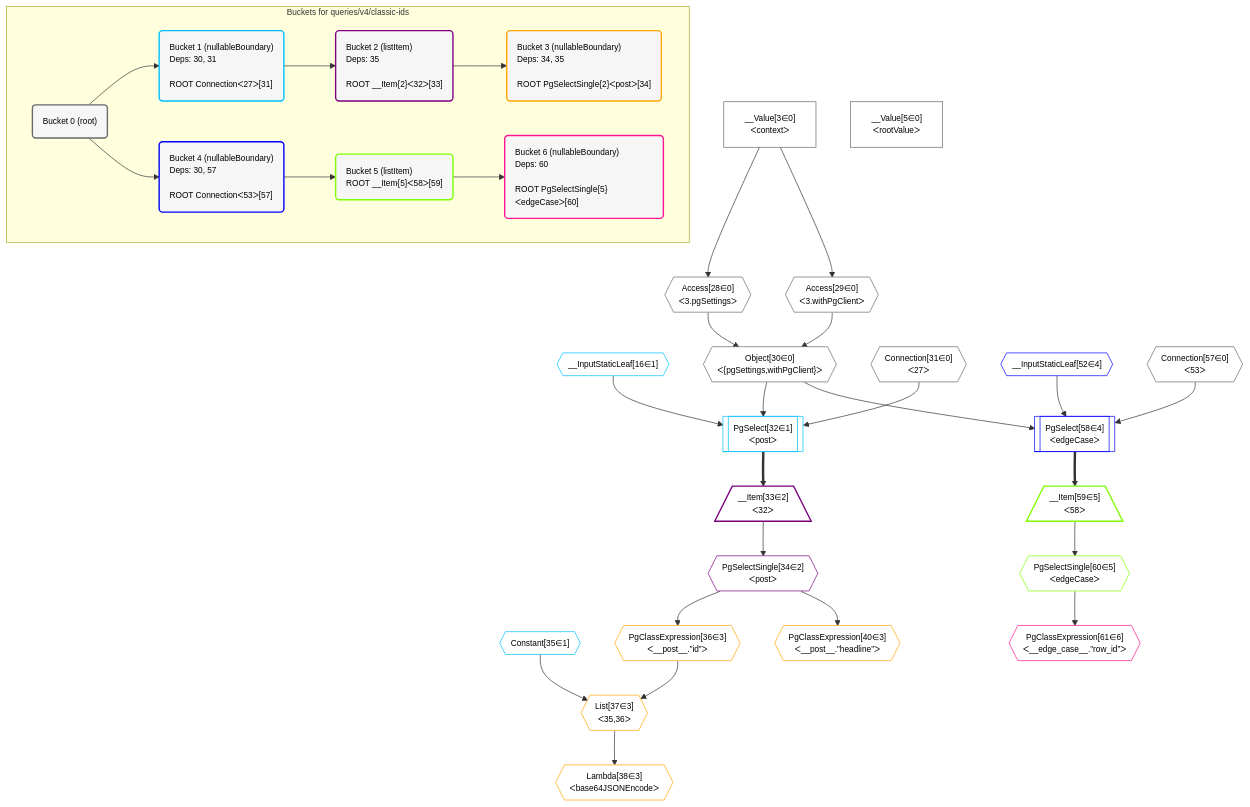
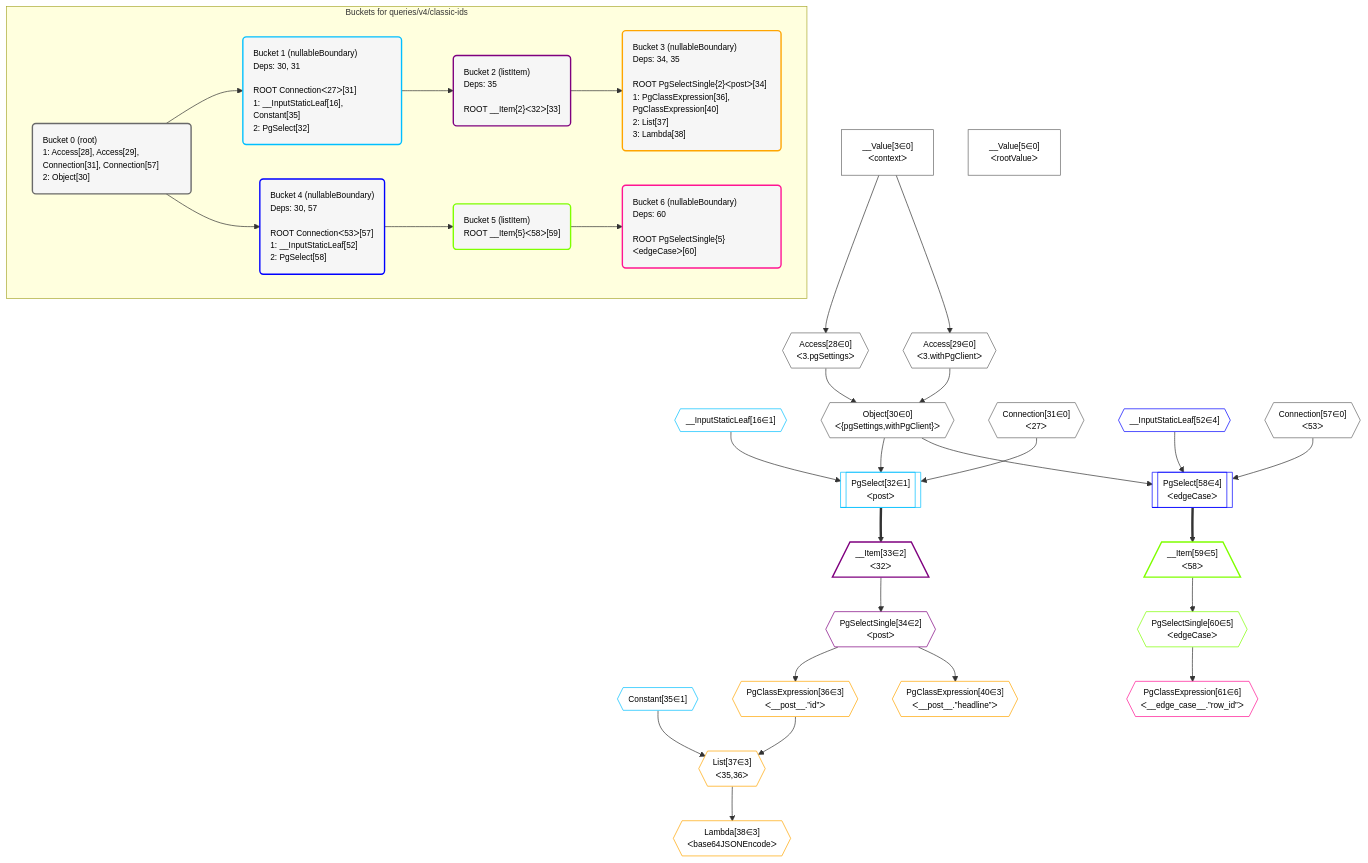
The diagram in postgraphile/postgraphile/__tests__/queries/v4/classic-ids.mermaid (graphile/crystal), drawn with Mermaid before and after one commit. The commit also changed 176 other files, not shown here.

Commit message:
New defined order in plan diagrams

```diff
--- a/postgraphile/postgraphile/__tests__/queries/v4/classic-ids.mermaid
+++ b/postgraphile/postgraphile/__tests__/queries/v4/classic-ids.mermaid
@@ -1,77 +1,77 @@
 %%{init: {'themeVariables': { 'fontSize': '12px'}}}%%
 graph TD
     classDef path fill:#eee,stroke:#000,color:#000
     classDef plan fill:#fff,stroke-width:1px,color:#000
     classDef itemplan fill:#fff,stroke-width:2px,color:#000
     classDef unbatchedplan fill:#dff,stroke-width:1px,color:#000
     classDef sideeffectplan fill:#fcc,stroke-width:2px,color:#000
     classDef bucket fill:#f6f6f6,color:#000,stroke-width:2px,text-align:left
 
 
     %% define steps
     __Value3["__Value[3∈0]<br />ᐸcontextᐳ"]:::plan
     __Value5["__Value[5∈0]<br />ᐸrootValueᐳ"]:::plan
     __InputStaticLeaf16{{"__InputStaticLeaf[16∈1]"}}:::plan
     Access28{{"Access[28∈0]<br />ᐸ3.pgSettingsᐳ"}}:::plan
     Access29{{"Access[29∈0]<br />ᐸ3.withPgClientᐳ"}}:::plan
     Object30{{"Object[30∈0]<br />ᐸ{pgSettings,withPgClient}ᐳ"}}:::plan
     Connection31{{"Connection[31∈0]<br />ᐸ27ᐳ"}}:::plan
     PgSelect32[["PgSelect[32∈1]<br />ᐸpostᐳ"]]:::plan
     __Item33[/"__Item[33∈2]<br />ᐸ32ᐳ"\]:::itemplan
     PgSelectSingle34{{"PgSelectSingle[34∈2]<br />ᐸpostᐳ"}}:::plan
     Constant35{{"Constant[35∈1]"}}:::plan
     PgClassExpression36{{"PgClassExpression[36∈3]<br />ᐸ__post__.”id”ᐳ"}}:::plan
     List37{{"List[37∈3]<br />ᐸ35,36ᐳ"}}:::plan
     Lambda38{{"Lambda[38∈3]<br />ᐸbase64JSONEncodeᐳ"}}:::plan
     PgClassExpression40{{"PgClassExpression[40∈3]<br />ᐸ__post__.”headline”ᐳ"}}:::plan
     __InputStaticLeaf52{{"__InputStaticLeaf[52∈4]"}}:::plan
     Connection57{{"Connection[57∈0]<br />ᐸ53ᐳ"}}:::plan
     PgSelect58[["PgSelect[58∈4]<br />ᐸedgeCaseᐳ"]]:::plan
     __Item59[/"__Item[59∈5]<br />ᐸ58ᐳ"\]:::itemplan
     PgSelectSingle60{{"PgSelectSingle[60∈5]<br />ᐸedgeCaseᐳ"}}:::plan
     PgClassExpression61{{"PgClassExpression[61∈6]<br />ᐸ__edge_case__.”row_id”ᐳ"}}:::plan
 
     %% plan dependencies
     __Value3 --> Access28
     __Value3 --> Access29
     Access28 & Access29 --> Object30
     Object30 & __InputStaticLeaf16 & Connection31 --> PgSelect32
     PgSelect32 ==> __Item33
     __Item33 --> PgSelectSingle34
     PgSelectSingle34 --> PgClassExpression36
     Constant35 & PgClassExpression36 --> List37
     List37 --> Lambda38
     PgSelectSingle34 --> PgClassExpression40
     Object30 & __InputStaticLeaf52 & Connection57 --> PgSelect58
     PgSelect58 ==> __Item59
     __Item59 --> PgSelectSingle60
     PgSelectSingle60 --> PgClassExpression61
 
     subgraph "Buckets for queries/v4/classic-ids"
-    Bucket0("Bucket 0 (root)"):::bucket
+    Bucket0("Bucket 0 (root)<br />1: Access[28], Access[29], Connection[31], Connection[57]<br />2: Object[30]"):::bucket
     classDef bucket0 stroke:#696969
     class Bucket0,__Value3,__Value5,Access28,Access29,Object30,Connection31,Connection57 bucket0
-    Bucket1("Bucket 1 (nullableBoundary)<br />Deps: 30, 31<br /><br />ROOT Connectionᐸ27ᐳ[31]"):::bucket
+    Bucket1("Bucket 1 (nullableBoundary)<br />Deps: 30, 31<br /><br />ROOT Connectionᐸ27ᐳ[31]<br />1: __InputStaticLeaf[16], Constant[35]<br />2: PgSelect[32]"):::bucket
     classDef bucket1 stroke:#00bfff
     class Bucket1,__InputStaticLeaf16,PgSelect32,Constant35 bucket1
     Bucket2("Bucket 2 (listItem)<br />Deps: 35<br /><br />ROOT __Item{2}ᐸ32ᐳ[33]"):::bucket
     classDef bucket2 stroke:#7f007f
     class Bucket2,__Item33,PgSelectSingle34 bucket2
-    Bucket3("Bucket 3 (nullableBoundary)<br />Deps: 34, 35<br /><br />ROOT PgSelectSingle{2}ᐸpostᐳ[34]"):::bucket
+    Bucket3("Bucket 3 (nullableBoundary)<br />Deps: 34, 35<br /><br />ROOT PgSelectSingle{2}ᐸpostᐳ[34]<br />1: PgClassExpression[36], PgClassExpression[40]<br />2: List[37]<br />3: Lambda[38]"):::bucket
     classDef bucket3 stroke:#ffa500
     class Bucket3,PgClassExpression36,List37,Lambda38,PgClassExpression40 bucket3
-    Bucket4("Bucket 4 (nullableBoundary)<br />Deps: 30, 57<br /><br />ROOT Connectionᐸ53ᐳ[57]"):::bucket
+    Bucket4("Bucket 4 (nullableBoundary)<br />Deps: 30, 57<br /><br />ROOT Connectionᐸ53ᐳ[57]<br />1: __InputStaticLeaf[52]<br />2: PgSelect[58]"):::bucket
     classDef bucket4 stroke:#0000ff
     class Bucket4,__InputStaticLeaf52,PgSelect58 bucket4
     Bucket5("Bucket 5 (listItem)<br />ROOT __Item{5}ᐸ58ᐳ[59]"):::bucket
     classDef bucket5 stroke:#7fff00
     class Bucket5,__Item59,PgSelectSingle60 bucket5
     Bucket6("Bucket 6 (nullableBoundary)<br />Deps: 60<br /><br />ROOT PgSelectSingle{5}ᐸedgeCaseᐳ[60]"):::bucket
     classDef bucket6 stroke:#ff1493
     class Bucket6,PgClassExpression61 bucket6
     Bucket0 --> Bucket1 & Bucket4
     Bucket1 --> Bucket2
     Bucket2 --> Bucket3
     Bucket4 --> Bucket5
     Bucket5 --> Bucket6
     end
```
